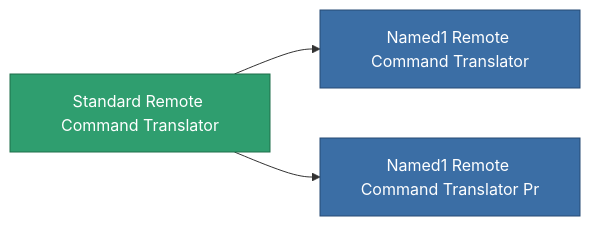
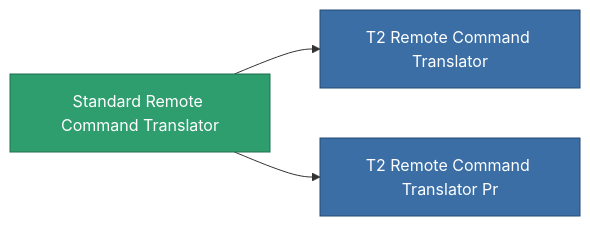
One commit to OpenPerpetuum/Wiki changed the diagram in content/content/items/standard_remote_command_translator.md. Above: the diagram before and after it, drawn with Mermaid. The commit also changed other lines of this file and 4904 other files, not shown here.

````diff
--- a/content/content/items/standard_remote_command_translator.md
+++ b/content/content/items/standard_remote_command_translator.md
@@ -68,13 +54,13 @@
 ```mermaid
 graph LR
     a["Standard Remote Command Translator"]:::current
-    b["Named1 Remote Command Translator"]:::prod
+    b["T2 Remote Command Translator"]:::prod
     a --> b
-    click b "/content/items/named1-remote-command-translator/" "Named1 Remote Command Translator"
-    c["Named1 Remote Command Translator Pr"]:::prod
+    click b "/content/items/named1-remote-command-translator/" "T2 Remote Command Translator"
+    c["T2 Remote Command Translator Pr"]:::prod
     a --> c
-    click c "/content/items/named1-remote-command-translator-pr/" "Named1 Remote Command Translator Pr"
+    click c "/content/items/named1-remote-command-translator-pr/" "T2 Remote Command Translator Pr"
     classDef current fill:#2f9e6f,stroke:#1f6f4a,color:#ffffff
     classDef prod fill:#3b6ea5,stroke:#274a75,color:#ffffff
     classDef more fill:#39445a,stroke:#54658a,color:#d5dbe8
 ```
````
